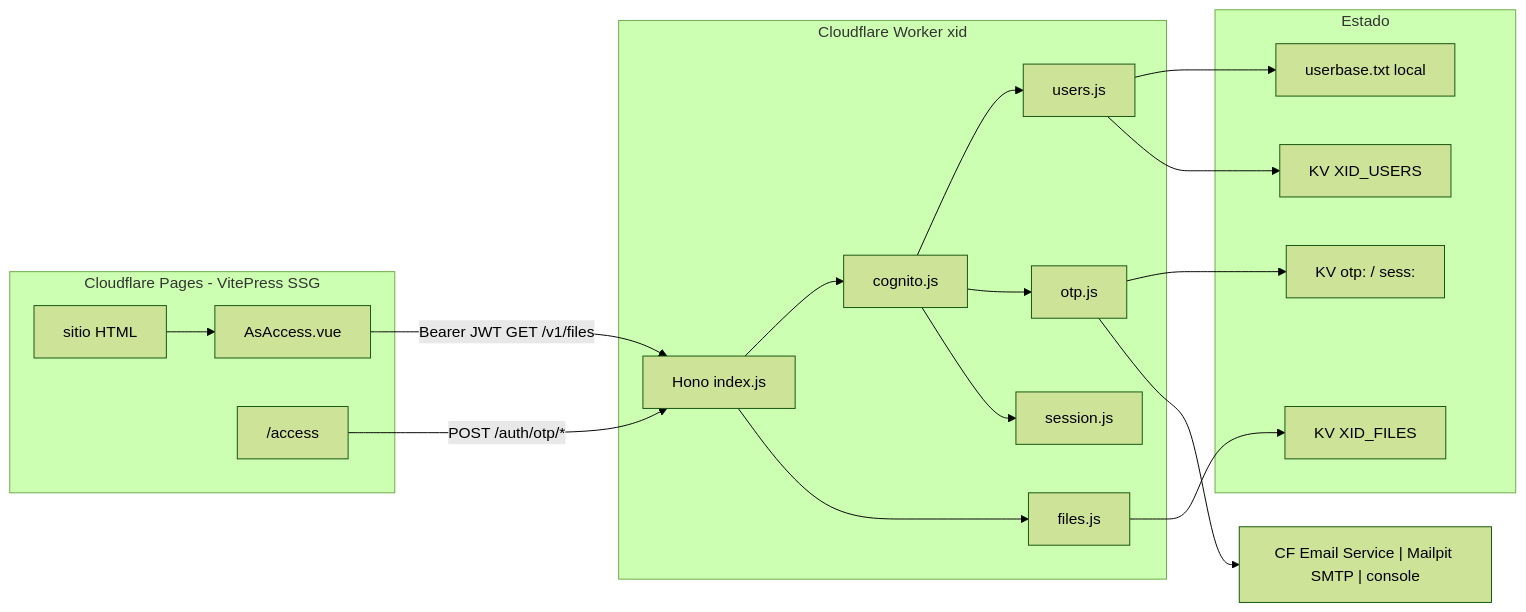
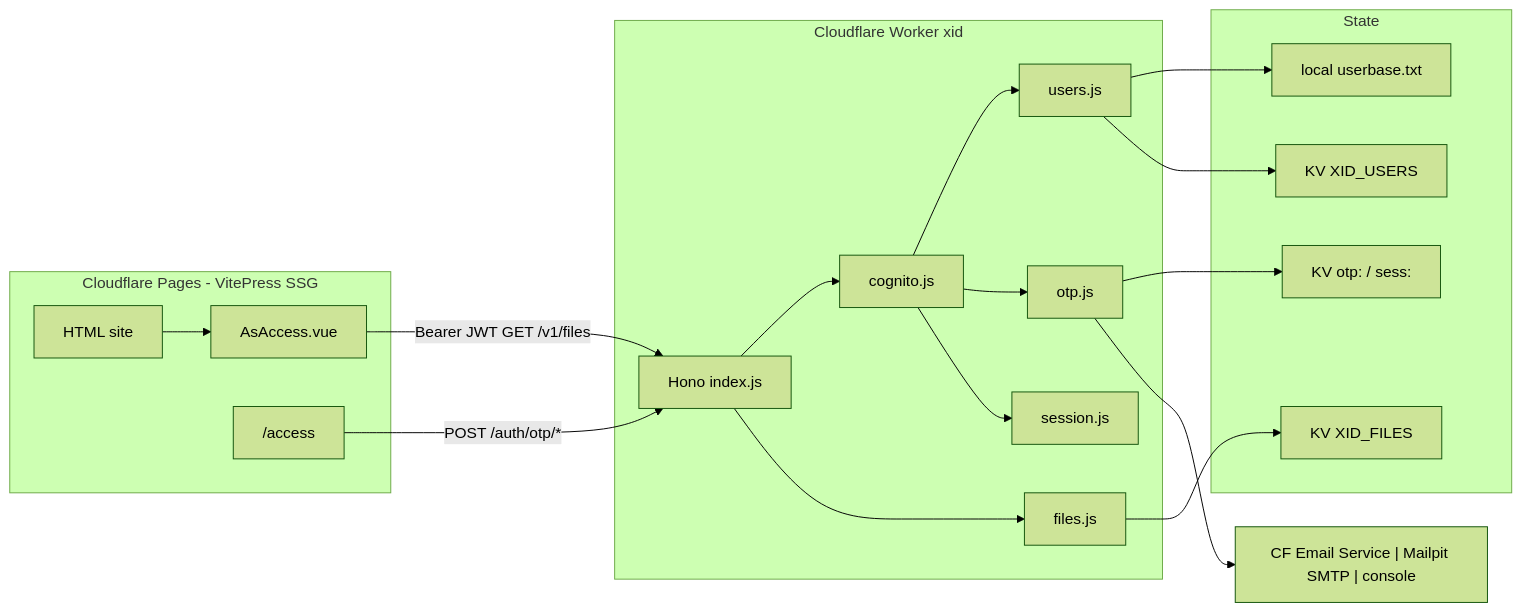
The first of 3 diagrams in README.md (kaesar/onmind-xid), drawn with Mermaid (forest theme) before and after one commit. The commit also changed other lines of this file and 6 other files, not shown here.

````diff
--- a/README.md
+++ b/README.md
@@ -40,36 +40,36 @@
 ```mermaid
 flowchart LR
   subgraph pages [Cloudflare Pages - VitePress SSG]
-    Site[sitio HTML]
+    Site[HTML site]
     AsAccess[AsAccess.vue]
     Access["/access"]
   end
   subgraph worker [Cloudflare Worker xid]
     Hono[Hono index.js]
     Cog[cognito.js]
     Users[users.js]
     OTP[otp.js]
     Files[files.js]
     Sess[session.js]
   end
-  subgraph store [Estado]
-    Txt[userbase.txt local]
+  subgraph store [State]
+    Txt[local userbase.txt]
     KVU[KV XID_USERS]
     KVO["KV otp: / sess:"]
     KVF[KV XID_FILES]
   end
   Mail["CF Email Service | Mailpit SMTP | console"]
   Site --> AsAccess
   Access -->|POST /auth/otp/*| Hono
   AsAccess -->|Bearer JWT GET /v1/files| Hono
   Hono --> Cog
   Hono --> Files
   Cog --> Users
   Cog --> OTP
   Cog --> Sess
   Users --> Txt
   Users --> KVU
   OTP --> KVO
   OTP --> Mail
   Files --> KVF
 ```
````
